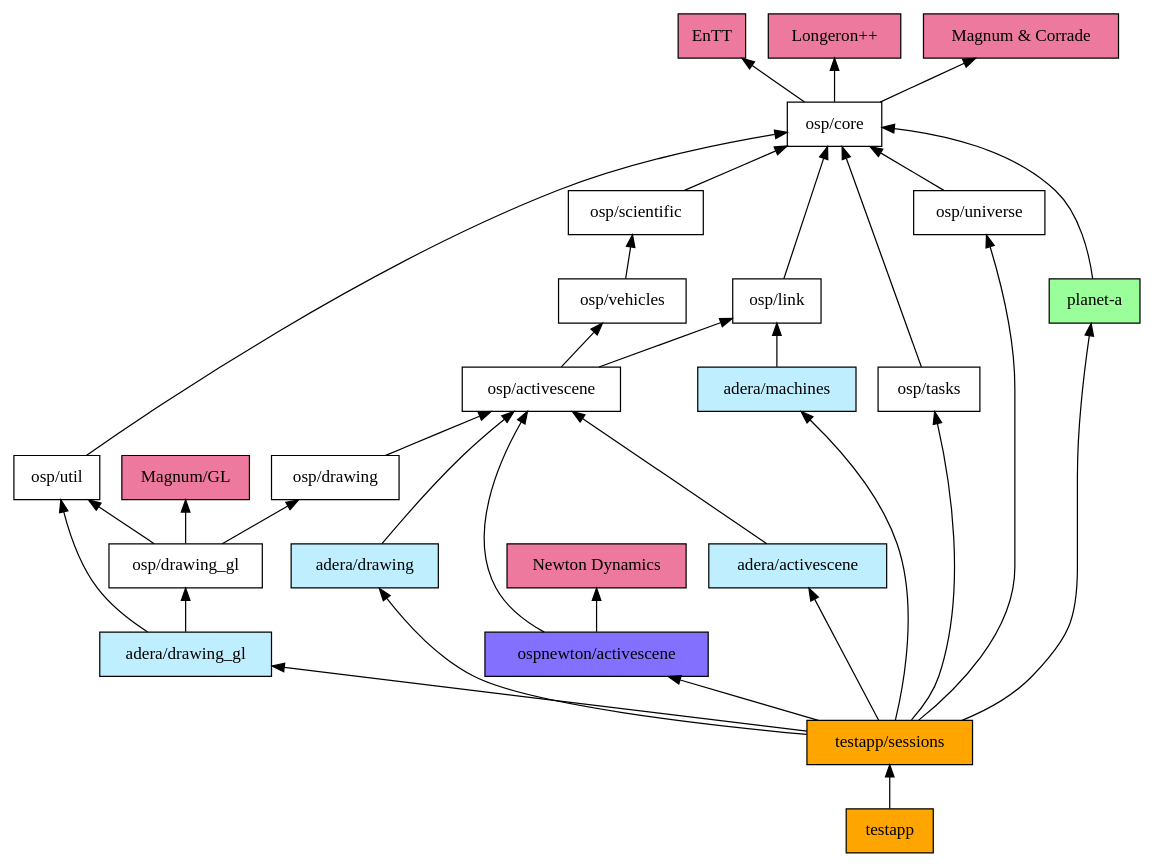
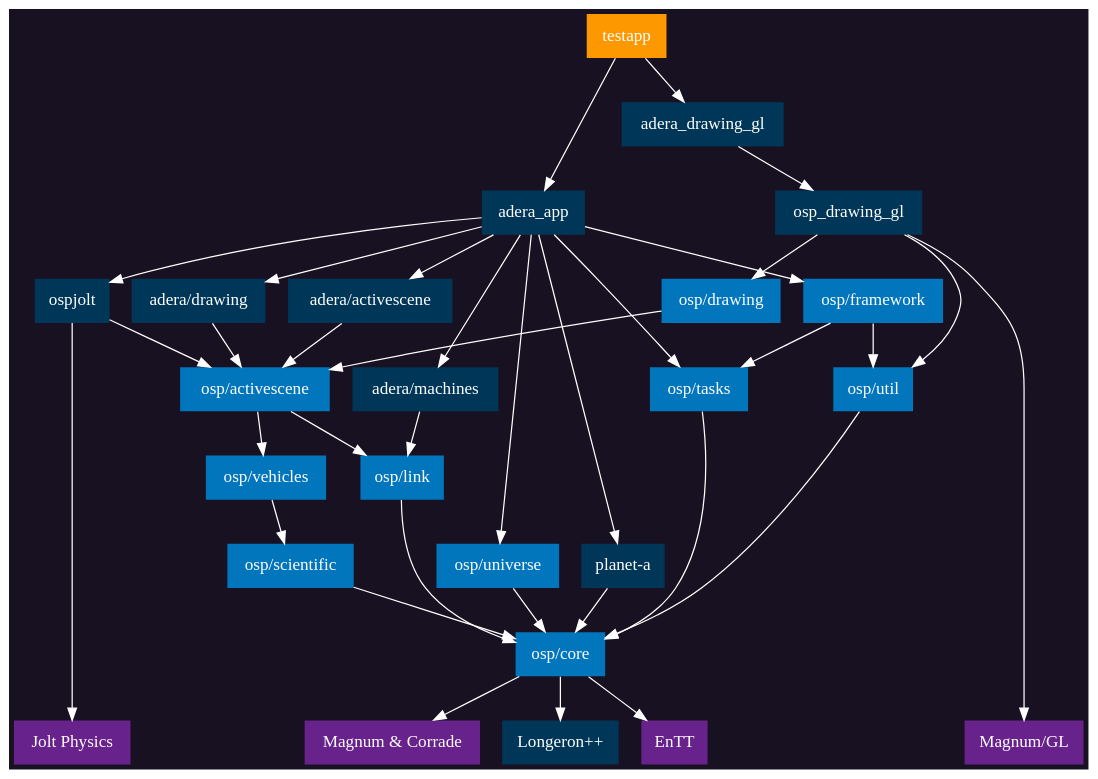
Before and after one commit to TheOpenSpaceProgram/osp-magnum: the diagram in docs/dependencygraph.dot, drawn with Graphviz. The commit also changed 5 other files, not shown here.

```diff
--- a/docs/dependencygraph.dot
+++ b/docs/dependencygraph.dot
@@ -1,58 +1,67 @@
 // Generate with
 // $ dot -Tpng docs/dependencygraph.dot -o docs/dependencygraph.png
 digraph {
 
-    rankdir="BT"
+    rankdir="TB"
+    TBbalance="max"
+    bgcolor="#181122"
+    //bgcolor=transparent
+    node [color=transparent,  fontcolor=white, fontname="Nimbus Sans bold"]
+    edge [color=white]
 
-    node [shape=rectangle, style=filled, fillcolor=palevioletred2]
+    node [shape=rectangle, style=filled, fillcolor=darkorchid4]
     "EnTT"
-    "Longeron++"
     "Magnum & Corrade"
     "Magnum/GL";
-    "Newton Dynamics";
+    "Jolt Physics";
+    "Longeron++" [fillcolor="#003758"];
 
-    node [shape=rectangle, style=filled, fillcolor=white]
+
+    node [shape=rectangle, style=filled, fillcolor="#0276bc"]
     "osp/core"          -> "Magnum & Corrade";
     "osp/core"          -> "Longeron++";
     "osp/core"          -> "EnTT";
     "osp/activescene"   -> "osp/vehicles";
     "osp/activescene"   -> "osp/link";
     "osp/drawing"       -> "osp/activescene";
-    "osp/drawing_gl"    -> "osp/drawing";
-    "osp/drawing_gl"    -> "osp/util";
-    "osp/drawing_gl"    -> "Magnum/GL";
     "osp/link"          -> "osp/core";
     "osp/scientific"    -> "osp/core";
     "osp/tasks"         -> "osp/core";
     "osp/vehicles"      -> "osp/scientific";
     "osp/universe"      -> "osp/core";
     "osp/util"          -> "osp/core";
+    "osp/framework"     -> "osp/tasks";
+    "osp/framework"     -> "osp/util";
 
-    node [shape=rectangle, style=filled, fillcolor=lightblue1]
+    node [shape=rectangle, style=filled, fillcolor="#003758"]
+    
     "adera/activescene" -> "osp/activescene";
     "adera/drawing"     -> "osp/activescene";
-    "adera/drawing_gl"  -> "osp/drawing_gl";
-    "adera/drawing_gl"  -> "osp/util";
+    "adera_drawing_gl"  -> "osp_drawing_gl";
+    "osp_drawing_gl"    -> "osp/drawing";
+    "osp_drawing_gl"    -> "osp/util";
+    "osp_drawing_gl"    -> "Magnum/GL";
     "adera/machines"    -> "osp/link";
+    "adera_app"         -> "osp/framework";
+    "adera_app"         -> "osp/universe";
+    "adera_app"         -> "osp/tasks";
+    "adera_app"         -> "adera/machines";
+    "adera_app"         -> "adera/drawing";
+    "adera_app"         -> "ospjolt";
+    "adera_app"         -> "planet-a";
+    "adera_app"         -> "adera/activescene";
 
     node [shape=rectangle, style=filled, fillcolor=lightslateblue]
-    "ospnewton/activescene" -> "osp/activescene";
-    "ospnewton/activescene" -> "Newton Dynamics";
+    "ospjolt"           -> "osp/activescene";
+    "ospjolt"           -> "Jolt Physics";
 
     node [shape=rectangle, style=filled, fillcolor=palegreen1]
     "planet-a"          -> "osp/core";
 
-    node [shape=rectangle, style=filled, fillcolor=orange1]
-    "testapp/sessions"  -> "osp/universe";
-    "testapp/sessions"  -> "osp/tasks";
-    "testapp/sessions"  -> "adera/machines";
-    "testapp/sessions"  -> "adera/drawing_gl";
-    "testapp/sessions"  -> "adera/drawing";
-    "testapp/sessions"  -> "ospnewton/activescene";
-    "testapp/sessions"  -> "planet-a";
-    "testapp/sessions"  -> "adera/activescene";
-    "testapp"           -> "testapp/sessions";
+    node [shape=rectangle, style=filled, fillcolor="#fe9800"]
+    "testapp"           -> "adera_app";
+    "testapp"           -> "adera_drawing_gl";
 
 
 
 }
```
